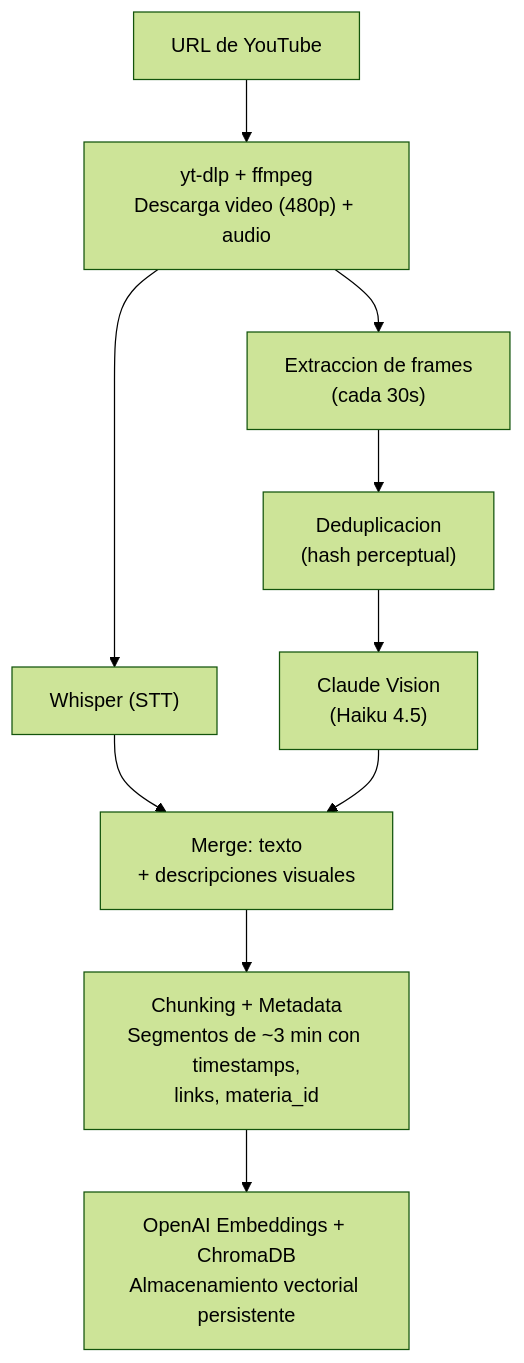
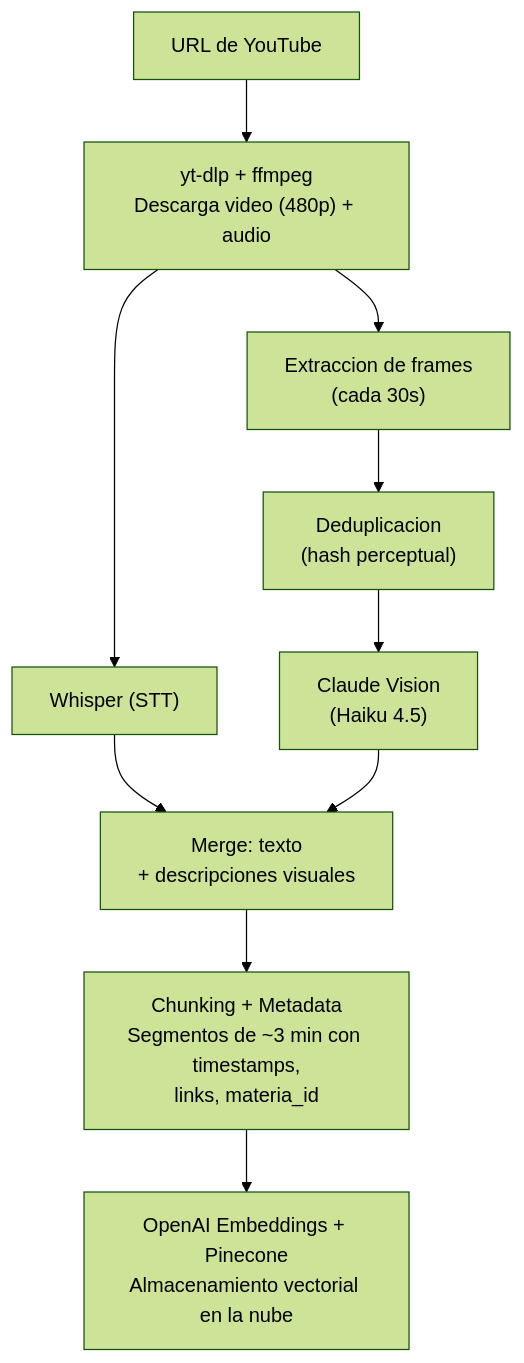
One commit to Nicopiriz18/Knowly changed the second of 3 diagrams in README.md. Above: the diagram before and after it, drawn with Mermaid (forest theme). The commit also changed other lines of this file and 16 other files, not shown here.

````diff
--- a/README.md
+++ b/README.md
@@ -289,12 +302,12 @@
 ```mermaid
 graph TB
     URL["URL de YouTube"] --> Download["yt-dlp + ffmpeg\nDescarga video (480p) + audio"]
     Download --> Whisper["Whisper (STT)"]
     Download --> Frames["Extraccion de frames\n(cada 30s)"]
     Frames --> Dedup["Deduplicacion\n(hash perceptual)"]
     Dedup --> Vision["Claude Vision\n(Haiku 4.5)"]
     Whisper --> Merge["Merge: texto\n+ descripciones visuales"]
     Vision --> Merge
     Merge --> Chunking["Chunking + Metadata\nSegmentos de ~3 min con timestamps,\nlinks, materia_id"]
-    Chunking --> Store["OpenAI Embeddings + ChromaDB\nAlmacenamiento vectorial persistente"]
+    Chunking --> Store["OpenAI Embeddings + Pinecone\nAlmacenamiento vectorial en la nube"]
 ```
````
